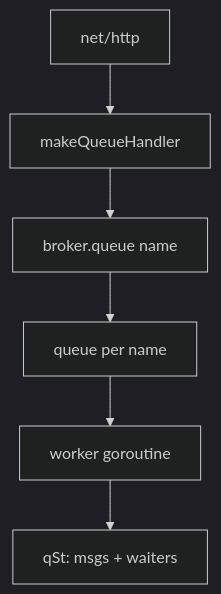
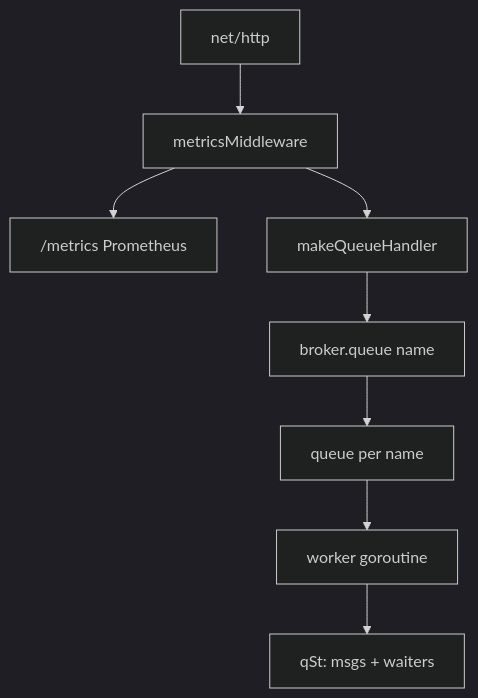
One commit to XaCaMaCa/queue-broker-go-test changed the first of 2 diagrams in README.md. Above: the diagram before and after it, drawn with Mermaid (dark theme). The commit also changed other lines of this file and 5 other files, not shown here.

Commit message:
feat: Prometheus metrics (/metrics, counters, long-poll histogram)test: httptest uses full app handler; assert /metrics expositiondocs: README observability and architecture update

````diff
--- a/README.md
+++ b/README.md
@@ -69,8 +88,10 @@
 ```mermaid
 flowchart TB
-  HTTP[net/http] --> H[makeQueueHandler]
+  HTTP[net/http] --> MW[metricsMiddleware]
+  MW --> METRICS["/metrics Prometheus"]
+  MW --> H[makeQueueHandler]
   H --> B[broker.queue name]
   B --> Q[queue per name]
   Q --> W[worker goroutine]
   W --> S[qSt: msgs + waiters]
 ```
````
